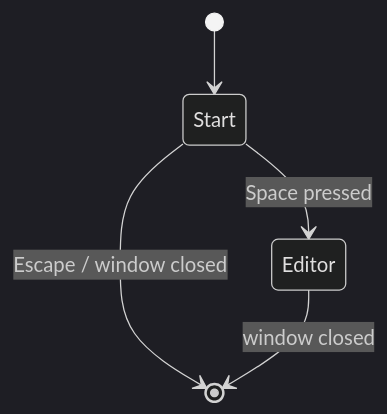
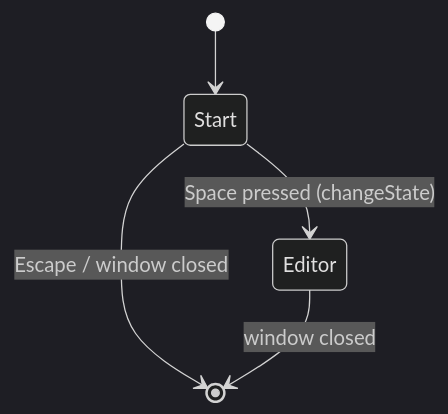
One commit to LeoMart12345/IsometricSFMLgame changed the third of 5 diagrams in docs/ARCHITECTURE.md. Above: the diagram before and after it, drawn with Mermaid (dark theme). The commit also changed other lines of this file and 10 other files, not shown here.

````diff
--- a/docs/ARCHITECTURE.md
+++ b/docs/ARCHITECTURE.md
@@ -128,7 +128,7 @@
 ```mermaid
 stateDiagram-v2
     [*] --> Start
-    Start --> Editor : Space pressed
+    Start --> Editor : Space pressed (changeState)
     Start --> [*] : Escape / window closed
     Editor --> [*] : window closed
 ```
````
